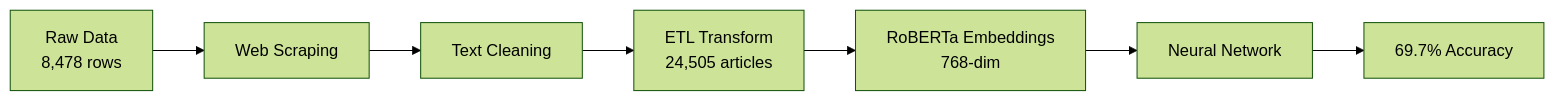
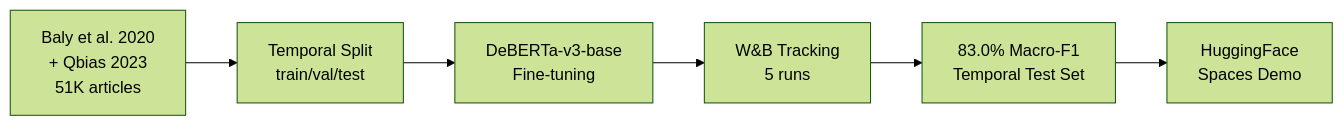
The diagram in src/content/projects/news-article-bias-classifier.md (jurinho17-sv/my-portfolio-astro), drawn with Mermaid (forest theme) before and after one commit. The commit also changed other lines of this file, not shown here.

Commit message:
docs: update bias classifier post with DeBERTa upgrade and 83.0% results

````diff
--- a/src/content/projects/news-article-bias-classifier.md
+++ b/src/content/projects/news-article-bias-classifier.md
@@ -190,9 +181,8 @@
 ```mermaid
 flowchart LR
-    A[Raw Data<br/>8,478 rows] --> B[Web Scraping]
-    B --> C[Text Cleaning]
-    C --> D[ETL Transform<br/>24,505 articles]
-    D --> E[RoBERTa Embeddings<br/>768-dim]
-    E --> F[Neural Network]
-    F --> G[69.7% Accuracy]
+    A[Baly et al. 2020<br/>+ Qbias 2023<br/>51K articles] --> B[Temporal Split<br/>train/val/test]
+    B --> C[DeBERTa-v3-base<br/>Fine-tuning]
+    C --> D[W&B Tracking<br/>5 runs]
+    D --> E[83.0% Macro-F1<br/>Temporal Test Set]
+    E --> F[HuggingFace<br/>Spaces Demo]
 ```
````
